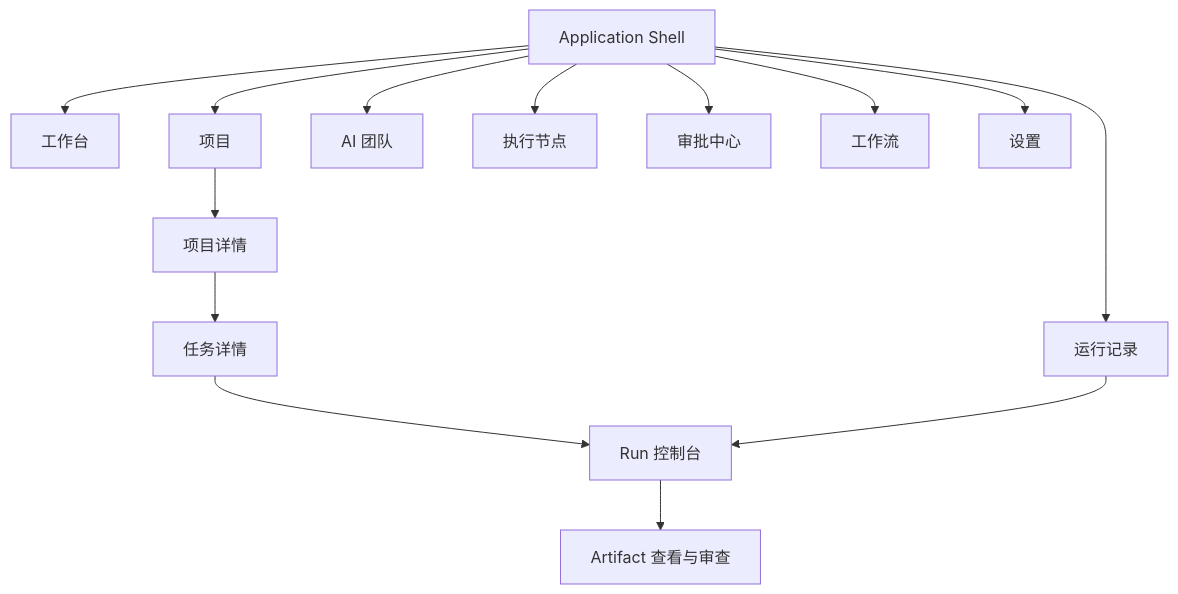
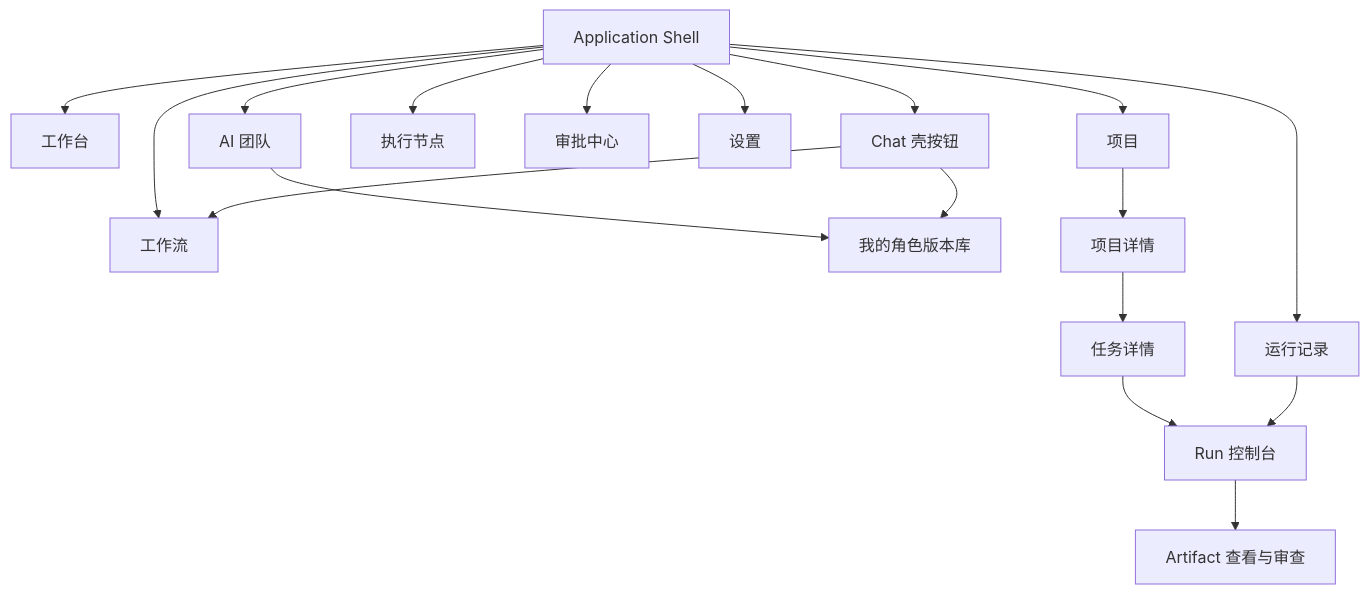
The diagram in docs/product-ui/01-information-architecture.md (nicechencs/workforce), drawn with Mermaid before and after one commit. The commit also changed other lines of this file and 9 other files, not shown here.

````diff
--- a/docs/product-ui/01-information-architecture.md
+++ b/docs/product-ui/01-information-architecture.md
@@ -62,16 +62,20 @@
 ```mermaid
 flowchart TD
   Shell[Application Shell] --> Dashboard[工作台]
   Shell --> Projects[项目]
   Shell --> Teams[AI 团队]
   Shell --> Nodes[执行节点]
   Shell --> Approvals[审批中心]
   Shell --> RunsNav[运行记录]
   Shell --> Workflows[工作流]
   Shell --> Settings[设置]
+  Shell --> Chat[Chat 壳按钮]
+  Teams --> Library[我的角色版本库]
   Projects --> Project[项目详情]
   Project --> Task[任务详情]
   Task --> Run[Run 控制台]
   Run --> Artifact[Artifact 查看与审查]
   RunsNav --> Run
+  Chat --> Library
+  Chat --> Workflows
 ```
````
